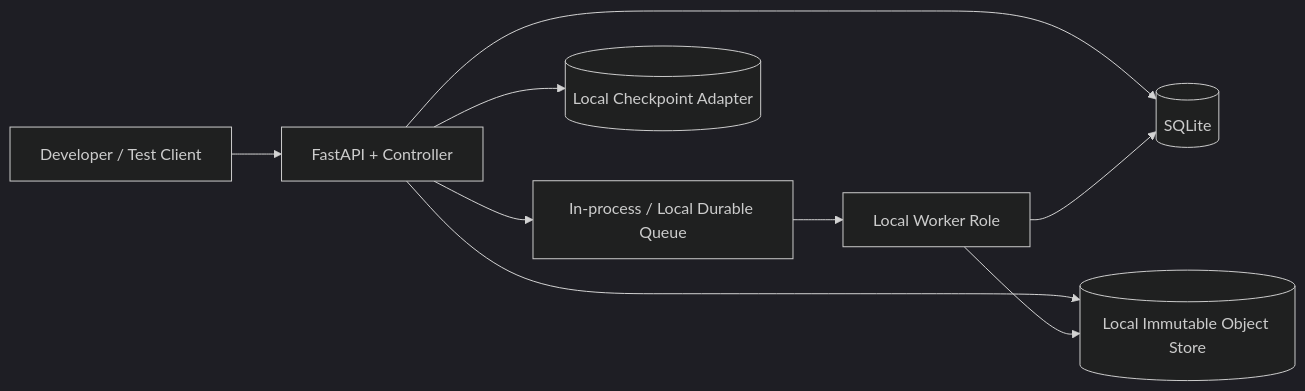
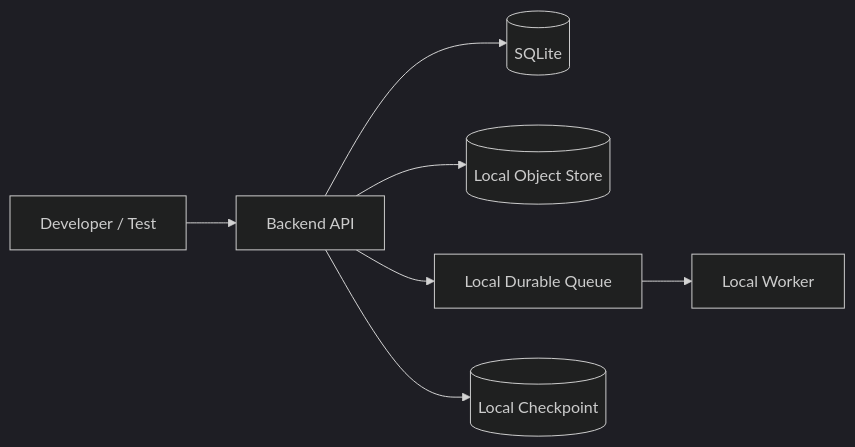
The second of 3 diagrams in .agent/modules/11-infrastructure.md (ProfessorZhi/Zuno), drawn with Mermaid (dark theme) before and after one commit. The commit also changed other lines of this file and 10 other files, not shown here.

Commit message:
docs: consolidate Infrastructure target architecture

````diff
--- a/.agent/modules/11-infrastructure.md
+++ b/.agent/modules/11-infrastructure.md
@@ -259,11 +310,9 @@
 ```mermaid
 flowchart LR
-  DevClient[Developer / Test Client] --> API[FastAPI + Controller]
+  Dev[Developer / Test] --> API[Backend API]
   API --> SQLite[(SQLite)]
-  API --> LocalObject[(Local Immutable Object Store)]
-  API --> LocalQueue[In-process / Local Durable Queue]
-  LocalQueue --> Worker[Local Worker Role]
-  API --> LocalCheckpoint[(Local Checkpoint Adapter)]
-  Worker --> SQLite
-  Worker --> LocalObject
+  API --> LocalObject[(Local Object Store)]
+  API --> LocalQueue[Local Durable Queue]
+  API --> LocalCheckpoint[(Local Checkpoint)]
+  LocalQueue --> LocalWorker[Local Worker]
 ```
````
